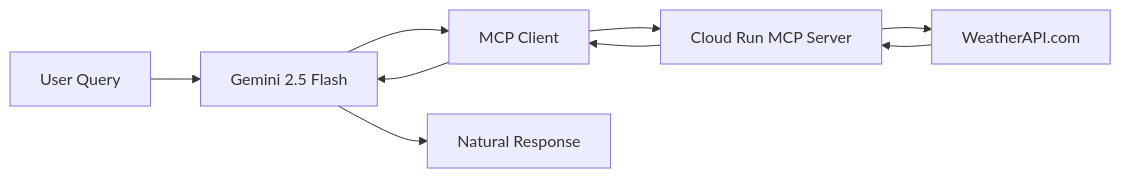
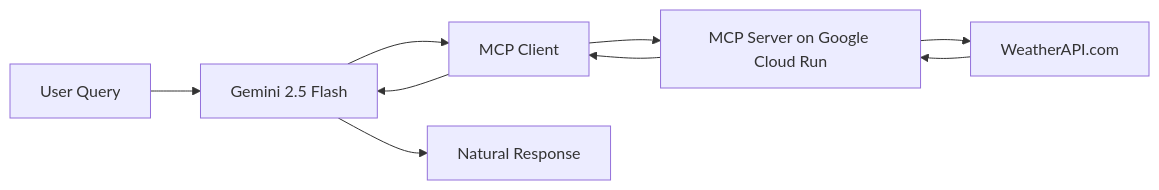
One commit to TanNhatCMS/mcp-on-cloudrun changed the diagram in README.md. Above: the diagram before and after it, drawn with Mermaid. The commit also changed other lines of this file and 2 other files, not shown here.

````diff
--- a/README.md
+++ b/README.md
@@ -74,11 +74,11 @@
 ```mermaid
 graph LR
     A[User Query] --> B[Gemini 2.5 Flash]
     B --> C[MCP Client]
-    C --> D[Cloud Run MCP Server]
+    C --> D[MCP Server on Google Cloud Run]
     D --> E[WeatherAPI.com]
     E --> D
     D --> C
     C --> B
     B --> F[Natural Response]
 ```
````
